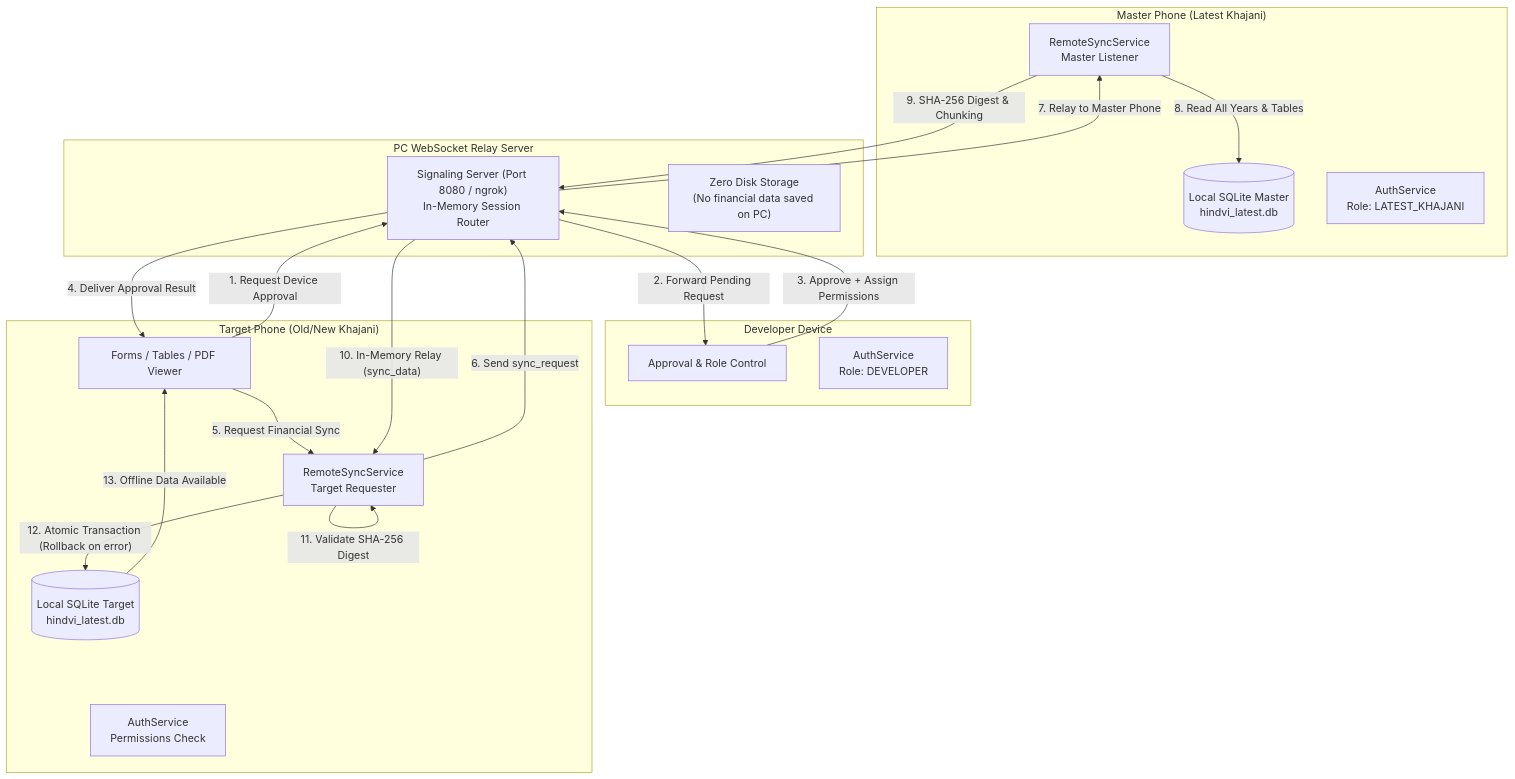
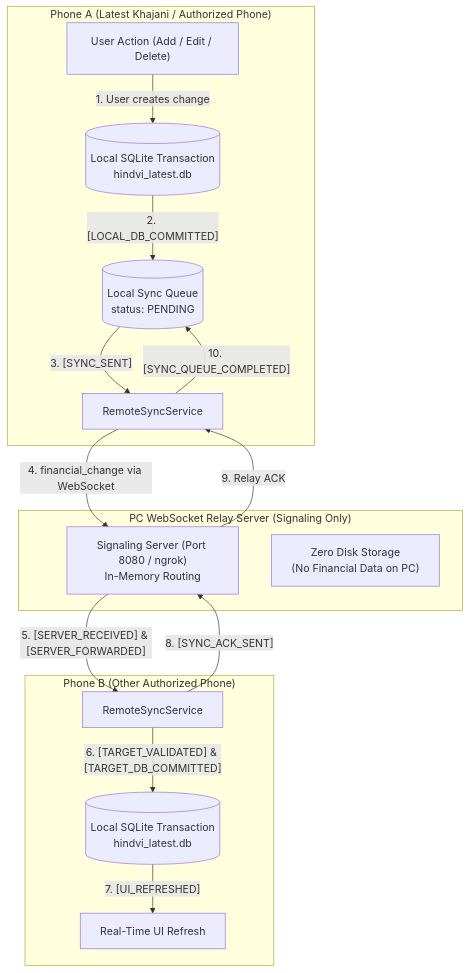
One commit to Sp-4030/Mandal-Management-App changed the first of 4 diagrams in README.md. Above: the diagram before and after it, drawn with Mermaid. The commit also changed other lines of this file and 12 other files, not shown here.

Commit message:
Implement two-way real-time and offline-first financial data synchronization across all authorized devices

````diff
--- a/README.md
+++ b/README.md
@@ -21,42 +32,32 @@
 ```mermaid
 flowchart TD
-    subgraph MasterDevice["Master Phone (Latest Khajani)"]
-        M_DB[("Local SQLite Master<br/>hindvi_latest.db")]
-        M_Sync[RemoteSyncService<br/>Master Listener]
-        M_Auth[AuthService<br/>Role: LATEST_KHAJANI]
+    subgraph PhoneA["Phone A (Latest Khajani / Authorized Phone)"]
+        A_UI["User Action (Add / Edit / Delete)"]
+        A_DB[("Local SQLite Transaction<br/>hindvi_latest.db")]
+        A_Queue[("Local Sync Queue<br/>status: PENDING")]
+        A_Sync["RemoteSyncService"]
     end
 
-    subgraph ServerRelay["PC WebSocket Relay Server"]
-        WS_Server["Signaling Server (Port 8080 / ngrok)<br/>In-Memory Session Router"]
-        WS_Zero["Zero Disk Storage<br/>(No financial data saved on PC)"]
+    subgraph ServerRelay["PC WebSocket Relay Server (Signaling Only)"]
+        WS_Server["Signaling Server (Port 8080 / ngrok)<br/>In-Memory Routing"]
+        WS_Zero["Zero Disk Storage<br/>(No Financial Data on PC)"]
     end
 
-    subgraph DeveloperDevice["Developer Device"]
-        Dev_UI["Approval & Role Control"]
-        Dev_Auth["AuthService<br/>Role: DEVELOPER"]
+    subgraph PhoneB["Phone B (Other Authorized Phone)"]
+        B_Sync["RemoteSyncService"]
+        B_DB[("Local SQLite Transaction<br/>hindvi_latest.db")]
+        B_UI["Real-Time UI Refresh"]
     end
 
-    subgraph TargetDevice["Target Phone (Old/New Khajani)"]
-        T_UI["Forms / Tables / PDF Viewer"]
-        T_Auth["AuthService<br/>Permissions Check"]
-        T_Sync["RemoteSyncService<br/>Target Requester"]
-        T_DB[("Local SQLite Target<br/>hindvi_latest.db")]
-    end
-
-    %% Device Approval Flow
-    T_UI -- "1. Request Device Approval" --> WS_Server
-    WS_Server -- "2. Forward Pending Request" --> Dev_UI
-    Dev_UI -- "3. Approve + Assign Permissions" --> WS_Server
-    WS_Server -- "4. Deliver Approval Result" --> T_UI
-
-    %% Financial Data Sync Flow
-    T_UI -- "5. Request Financial Sync" --> T_Sync
-    T_Sync -- "6. Send sync_request" --> WS_Server
-    WS_Server -- "7. Relay to Master Phone" --> M_Sync
-    M_Sync -- "8. Read All Years & Tables" --> M_DB
-    M_Sync -- "9. SHA-256 Digest & Chunking" --> WS_Server
-    WS_Server -- "10. In-Memory Relay (sync_data)" --> T_Sync
-    T_Sync -- "11. Validate SHA-256 Digest" --> T_Sync
-    T_Sync -- "12. Atomic Transaction (Rollback on error)" --> T_DB
-    T_DB -- "13. Offline Data Available" --> T_UI
+    %% Change Flow
+    A_UI -->|"1. User creates change"| A_DB
+    A_DB -->|"2. [LOCAL_DB_COMMITTED]"| A_Queue
+    A_Queue -->|"3. [SYNC_SENT]"| A_Sync
+    A_Sync -->|"4. financial_change via WebSocket"| WS_Server
+    WS_Server -->|"5. [SERVER_RECEIVED] & [SERVER_FORWARDED]"| B_Sync
+    B_Sync -->|"6. [TARGET_VALIDATED] & [TARGET_DB_COMMITTED]"| B_DB
+    B_DB -->|"7. [UI_REFRESHED]"| B_UI
+    B_Sync -->|"8. [SYNC_ACK_SENT]"| WS_Server
+    WS_Server -->|"9. Relay ACK"| A_Sync
+    A_Sync -->|"10. [SYNC_QUEUE_COMPLETED]"| A_Queue
 ```
````
